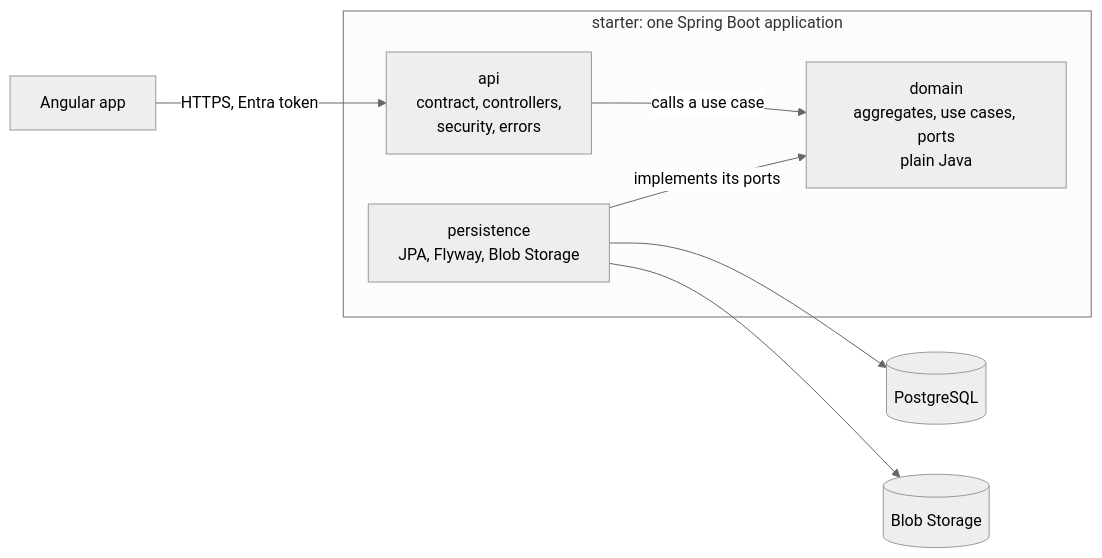
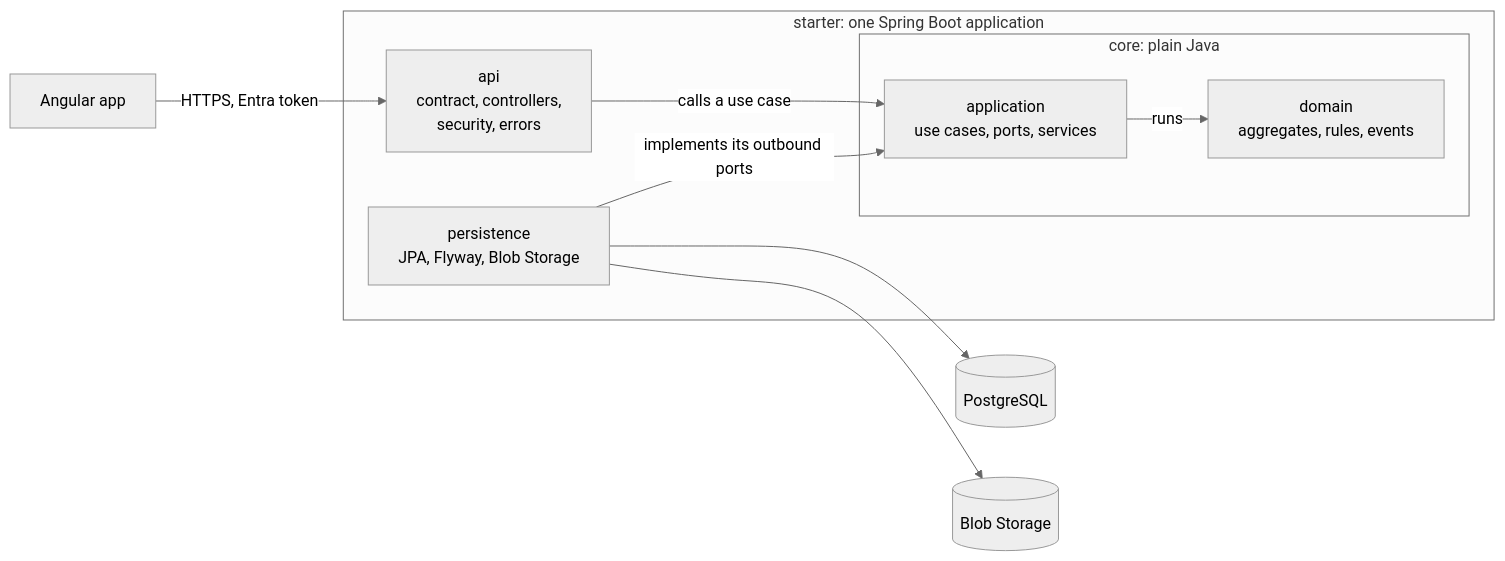
One commit to AchZak/civicgrant changed the first of 2 diagrams in README.md. Above: the diagram before and after it, drawn with Mermaid (neutral theme). The commit also changed other lines of this file and 471 other files, not shown here.

Commit message:
refactor(core): separate the domain layer from the application layer

````diff
--- a/README.md
+++ b/README.md
@@ -60,13 +60,17 @@
 ```mermaid
 flowchart LR
     client["Angular app"] -->|"HTTPS, Entra token"| api
     subgraph app["starter: one Spring Boot application"]
         api["api<br/>contract, controllers,<br/>security, errors"]
-        domain["domain<br/>aggregates, use cases, ports<br/>plain Java"]
+        subgraph core["core: plain Java"]
+            application["application<br/>use cases, ports, services"]
+            domain["domain<br/>aggregates, rules, events"]
+            application -->|"runs"| domain
+        end
         persistence["persistence<br/>JPA, Flyway, Blob Storage"]
-        api -->|"calls a use case"| domain
-        persistence -->|"implements its ports"| domain
+        api -->|"calls a use case"| application
+        persistence -->|"implements its outbound ports"| application
     end
     persistence --> db[("PostgreSQL")]
     persistence --> blob[("Blob Storage")]
 ```
````
